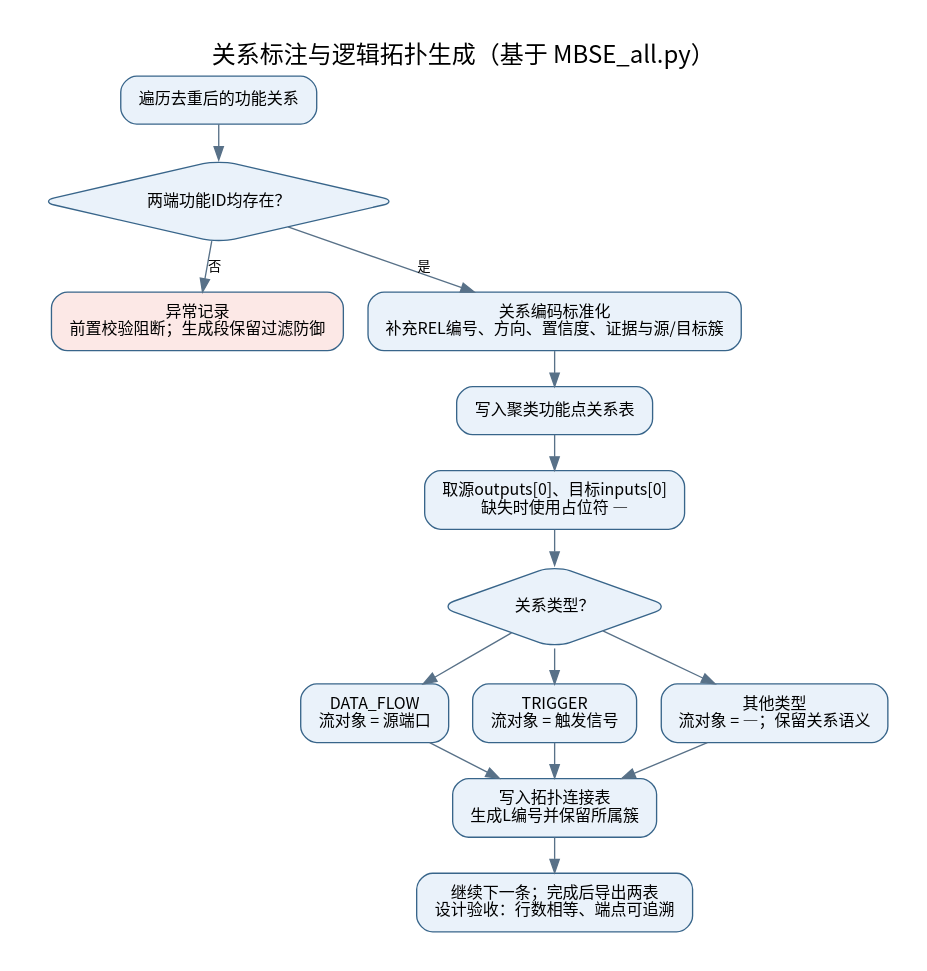
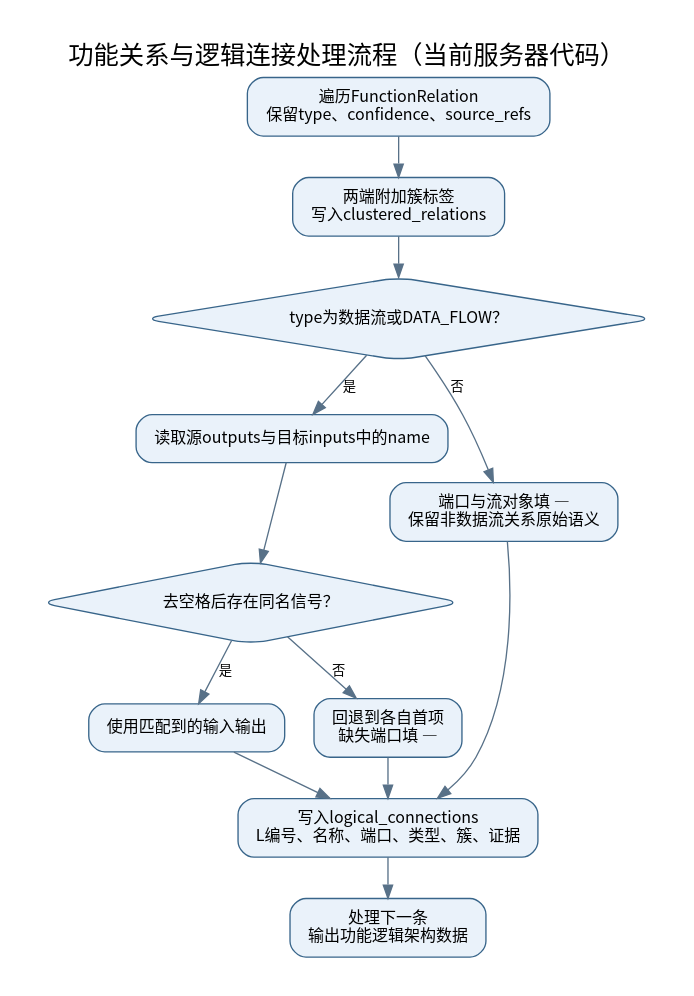
One commit to yueyunsun77-debug/yueyunsun77-debug changed the diagram in 板块二进度说明/02_关系与拓扑生成流程.dot. Above: the diagram before and after it, drawn with Graphviz. The commit also changed 11 other files, not shown here.

Commit message:
docs: 更新板块二职责与接口设计并新增技术路线图

```diff
--- a/板块二进度说明/02_关系与拓扑生成流程.dot
+++ b/板块二进度说明/02_关系与拓扑生成流程.dot
@@ -1,27 +1,23 @@
 digraph G {
- graph [rankdir=TB,bgcolor="white",pad=0.3,nodesep=0.25,ranksep=0.35,fontname="Noto Sans CJK SC",fontsize=18];
- node [shape=box,style="rounded,filled",fillcolor="#EAF2FA",color="#38658A",fontname="Noto Sans CJK SC",fontsize=12,margin="0.18,0.12"];
- edge [color="#587188",fontname="Noto Sans CJK SC",fontsize=10];
-label="关系标注与逻辑拓扑生成（基于 MBSE_all.py）";labelloc=t;
-a[label="遍历去重后的功能关系"];
-b[shape=diamond,label="两端功能ID均存在？"];
-c[label="异常记录
-前置校验阻断；生成段保留过滤防御",fillcolor="#FCE8E6"];
-d[label="关系编码标准化
-补充REL编号、方向、置信度、证据与源/目标簇"];
-e[label="写入聚类功能点关系表"];
-f[label="取源outputs[0]、目标inputs[0]
-缺失时使用占位符 —"];
-g[shape=diamond,label="关系类型？"];
-h[label="DATA_FLOW
-流对象 = 源端口"];
-i[label="TRIGGER
-流对象 = 触发信号"];
-j[label="其他类型
-流对象 = —；保留关系语义"];
-k[label="写入拓扑连接表
-生成L编号并保留所属簇"];
-l[label="继续下一条；完成后导出两表
-设计验收：行数相等、端点可追溯"];
-a->b;b->c[label="否"];b->d[label="是"];d->e->f->g;g->h;g->i;g->j;h->k;i->k;j->k;k->l;
+graph [rankdir=TB,bgcolor="white",pad=0.3,nodesep=0.3,ranksep=0.4,fontname="Noto Sans CJK SC",fontsize=19];
+node [shape=box,style="rounded,filled",fillcolor="#EAF2FA",color="#38658A",fontname="Noto Sans CJK SC",fontsize=12,margin="0.18,0.12"];
+edge [color="#587188",fontname="Noto Sans CJK SC",fontsize=10];
+label="功能关系与逻辑连接处理流程（当前服务器代码）";labelloc=t;
+a[label="遍历FunctionRelation
+保留type、confidence、source_refs"];
+b[label="两端附加簇标签
+写入clustered_relations"];
+c[shape=diamond,label="type为数据流或DATA_FLOW？"];
+d[label="读取源outputs与目标inputs中的name"];
+e[shape=diamond,label="去空格后存在同名信号？"];
+f[label="使用匹配到的输入输出"];
+g[label="回退到各自首项
+缺失端口填 —"];
+h[label="端口与流对象填 —
+保留非数据流关系原始语义"];
+i[label="写入logical_connections
+L编号、名称、端口、类型、簇、证据"];
+j[label="处理下一条
+输出功能逻辑架构数据"];
+a->b->c;c->d[label="是"];c->h[label="否"];d->e;e->f[label="是"];e->g[label="否"];f->i;g->i;h->i;i->j;
 }
```
